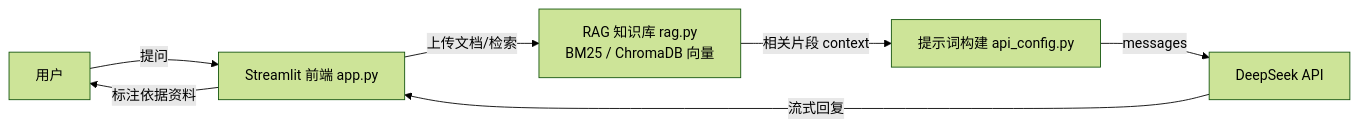
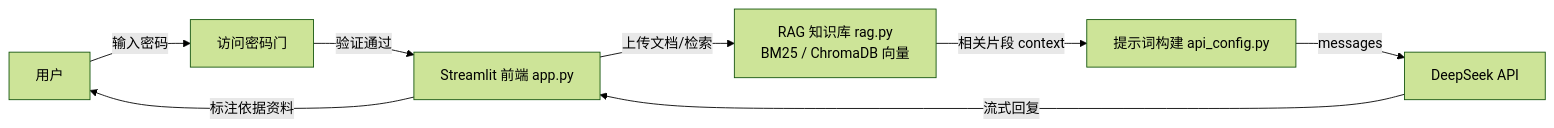
One commit to moonverse-bot/simple-demos changed the diagram in README.md. Above: the diagram before and after it, drawn with Mermaid (forest theme). The commit also changed other lines of this file and 1 other file, not shown here.

````diff
--- a/README.md
+++ b/README.md
@@ -19,9 +20,10 @@
 ```mermaid
 flowchart LR
-    U[用户] -->|提问| F[Streamlit 前端 app.py]
+    U[用户] -->|输入密码| G[访问密码门]
+    G -->|验证通过| F[Streamlit 前端 app.py]
     F -->|上传文档/检索| R[RAG 知识库 rag.py\nBM25 / ChromaDB 向量]
     R -->|相关片段 context| P[提示词构建 api_config.py]
     P -->|messages| M[DeepSeek API]
     M -->|流式回复| F
     F -->|标注依据资料| U
 ```
````
